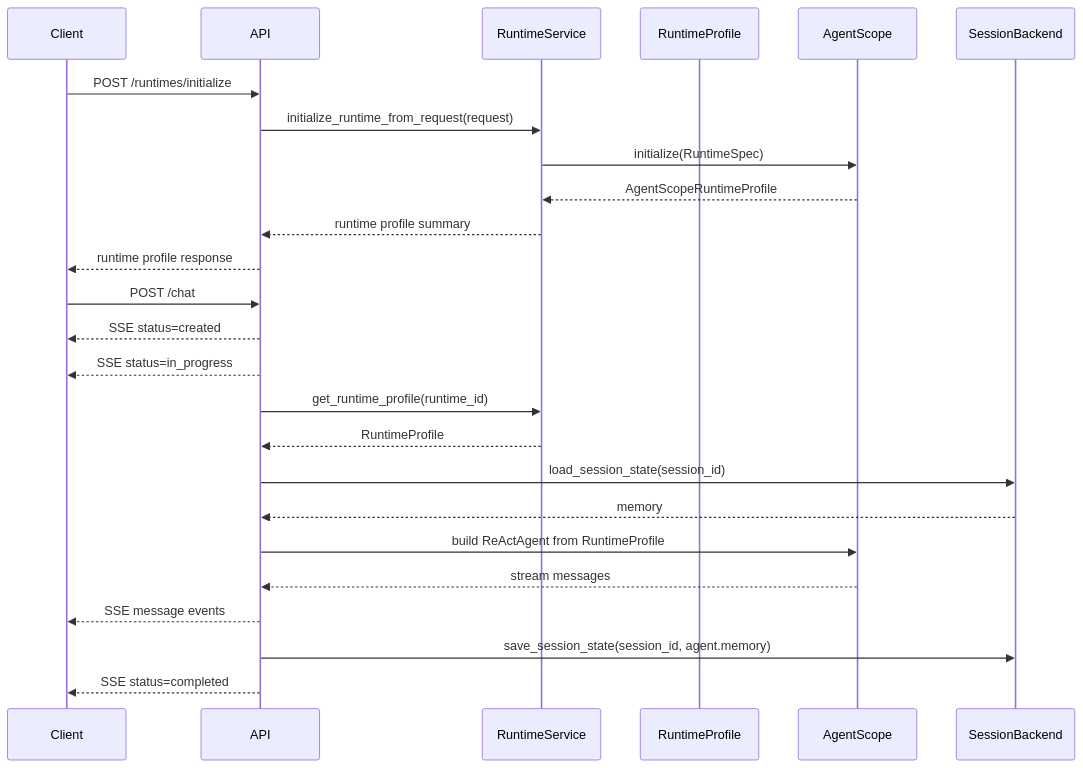
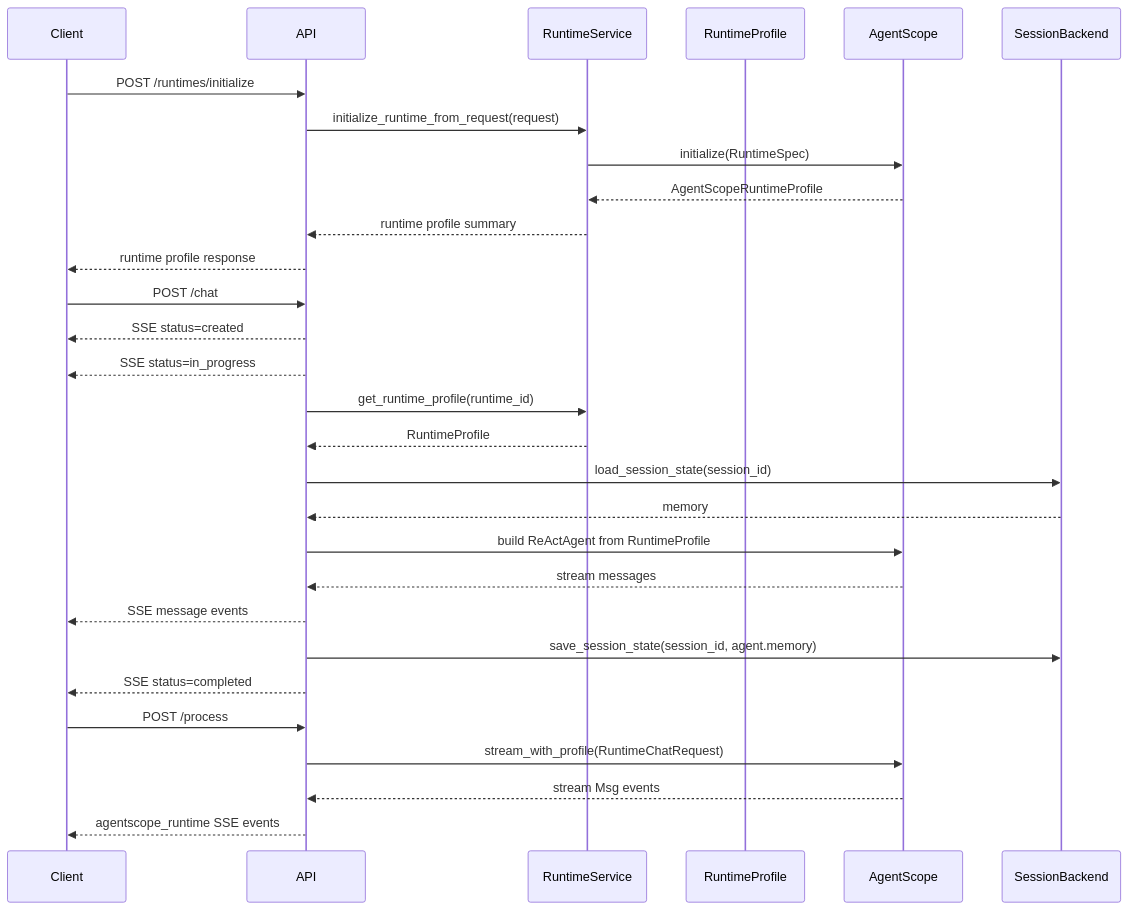
Before and after one commit to mooneclipsed/myagent: the fourth of 4 diagrams in docs/architecture.md, drawn with Mermaid. The commit also changed other lines of this file and 1 other file, not shown here.

Commit message:
docs: document chat and process streaming flows

````diff
--- a/docs/architecture.md
+++ b/docs/architecture.md
@@ -101,29 +170,34 @@
 ```mermaid
 sequenceDiagram
     participant Client
     participant API
     participant RuntimeService
     participant RuntimeProfile
     participant AgentScope
     participant SessionBackend
 
     Client->>API: POST /runtimes/initialize
     API->>RuntimeService: initialize_runtime_from_request(request)
     RuntimeService->>AgentScope: initialize(RuntimeSpec)
     AgentScope-->>RuntimeService: AgentScopeRuntimeProfile
     RuntimeService-->>API: runtime profile summary
     API-->>Client: runtime profile response
 
     Client->>API: POST /chat
     API-->>Client: SSE status=created
     API-->>Client: SSE status=in_progress
     API->>RuntimeService: get_runtime_profile(runtime_id)
     RuntimeService-->>API: RuntimeProfile
     API->>SessionBackend: load_session_state(session_id)
     SessionBackend-->>API: memory
     API->>AgentScope: build ReActAgent from RuntimeProfile
     AgentScope-->>API: stream messages
     API-->>Client: SSE message events
     API->>SessionBackend: save_session_state(session_id, agent.memory)
     API-->>Client: SSE status=completed
+
+    Client->>API: POST /process
+    API->>AgentScope: stream_with_profile(RuntimeChatRequest)
+    AgentScope-->>API: stream Msg events
+    API-->>Client: agentscope_runtime SSE events
 ```
````
